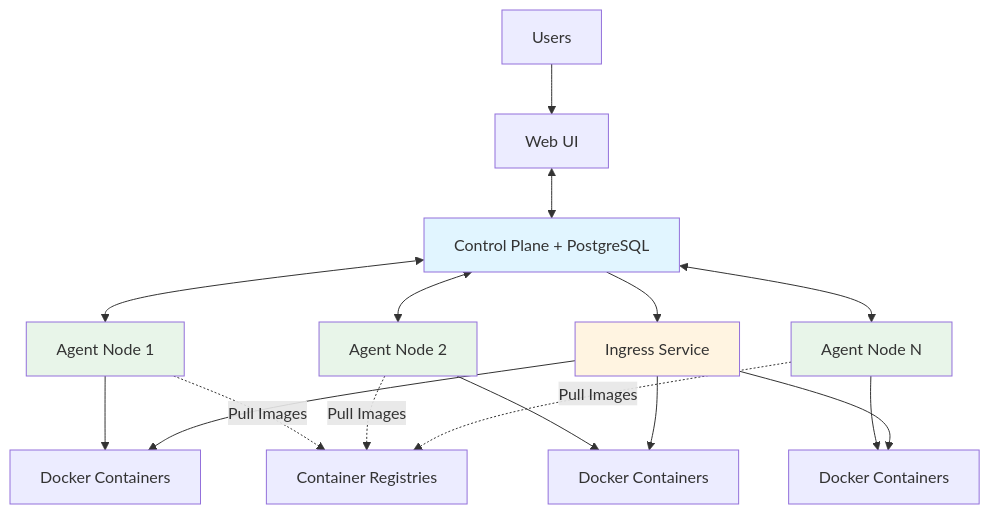
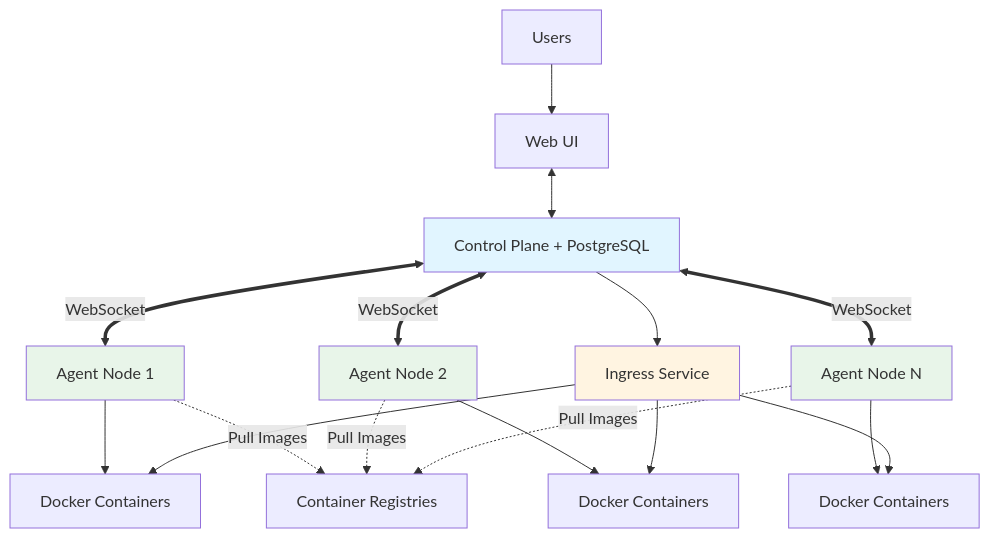
The first of 2 diagrams in NullOps/Docs/Design/ARCHITECTURE.md (NullOpsDevs/NullOps), drawn with Mermaid before and after one commit. The commit also changed other lines of this file, not shown here.

Commit message:
Update architecture documentation: clarify WebSocket-based communication between control plane and agents, refine deployment flows, and add sections on security, resource monitoring, and node management.

````diff
--- a/NullOps/Docs/Design/ARCHITECTURE.md
+++ b/NullOps/Docs/Design/ARCHITECTURE.md
@@ -89,29 +89,29 @@
 ```mermaid
 flowchart TD
     Users[Users] --> UI[Web UI]
     UI <--> CP[Control Plane + PostgreSQL]
     
-    CP <--> Agent1[Agent Node 1]
-    CP <--> Agent2[Agent Node 2]
-    CP <--> Agent3[Agent Node N]
+    CP <==>|WebSocket| Agent1[Agent Node 1]
+    CP <==>|WebSocket| Agent2[Agent Node 2]
+    CP <==>|WebSocket| Agent3[Agent Node N]
     
     Agent1 --> Containers1[Docker Containers]
     Agent2 --> Containers2[Docker Containers]
     Agent3 --> Containers3[Docker Containers]
     
     CP --> Ingress[Ingress Service]
     
     Ingress --> Containers1
     Ingress --> Containers2
     Ingress --> Containers3
     
     Agent1 -.Pull Images.-> Registry[Container Registries]
     Agent2 -.Pull Images.-> Registry
     Agent3 -.Pull Images.-> Registry
     
     style CP fill:#e1f5ff
     style Ingress fill:#fff4e1
     style Agent1 fill:#e8f5e9
     style Agent2 fill:#e8f5e9
     style Agent3 fill:#e8f5e9
 ```
````
